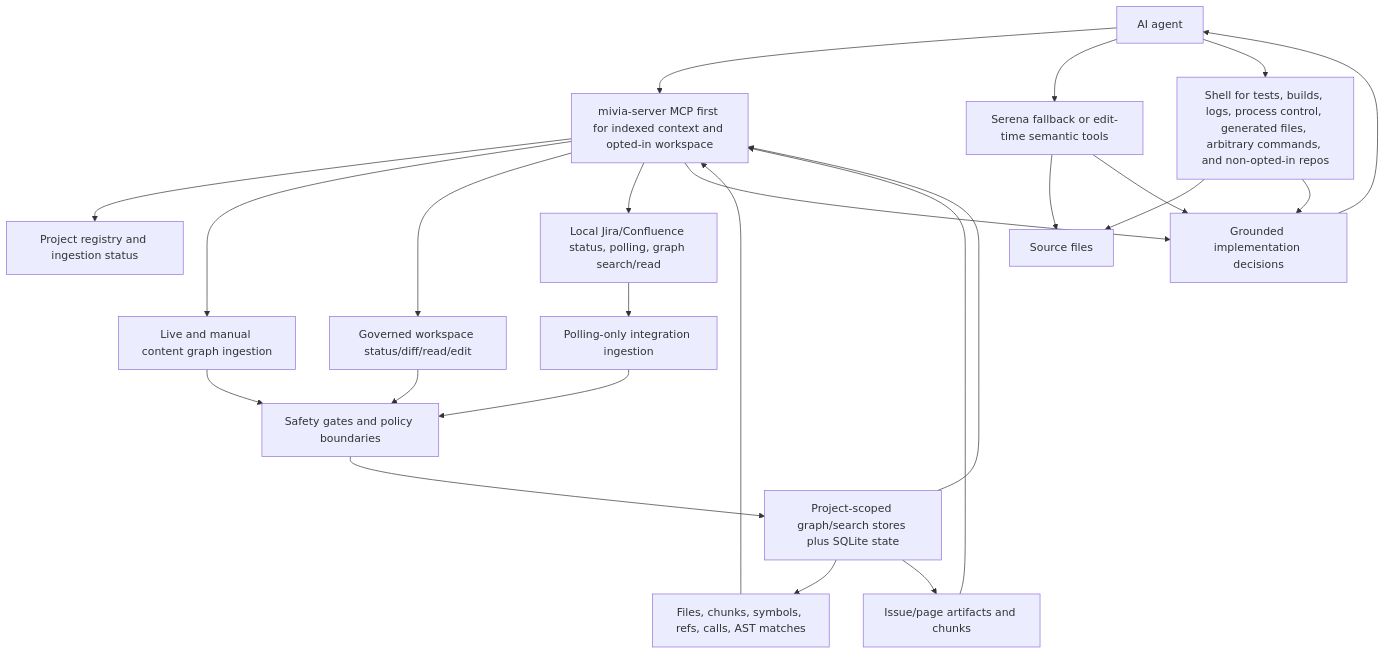
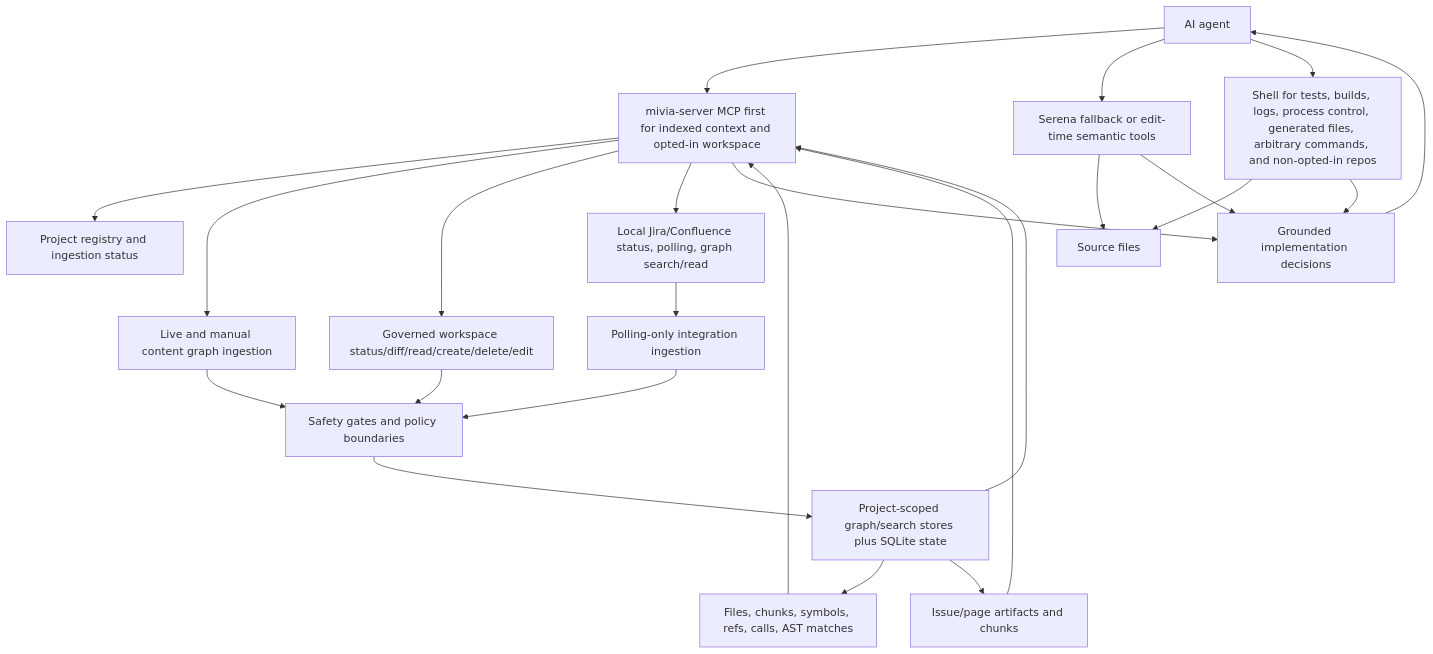
One commit to MiviaLabs/go-mivia changed the third of 4 diagrams in README.md. Above: the diagram before and after it, drawn with Mermaid. The commit also changed other lines of this file and 16 other files, not shown here.

Commit message:
feat(mcp): add workspace file create and delete

````diff
--- a/README.md
+++ b/README.md
@@ -219,42 +219,42 @@
 ```mermaid
 flowchart TB
   Agent["AI agent"]
   MCP["mivia-server MCP first for indexed context and opted-in workspace"]
   Serena["Serena fallback or edit-time semantic tools"]
   Shell["Shell for tests, builds, logs, process control, generated files, arbitrary commands, and non-opted-in repos"]
   Source["Source files"]
-  Workspace["Governed workspace status/diff/read/edit"]
+  Workspace["Governed workspace status/diff/read/create/delete/edit"]
   Integrations["Local Jira/Confluence status, polling, graph search/read"]
   Indexed["Files, chunks, symbols, refs, calls, AST matches"]
   IntegrationContext["Issue/page artifacts and chunks"]
   Registry["Project registry and ingestion status"]
   Ingestion["Live and manual content graph ingestion"]
   Polling["Polling-only integration ingestion"]
   Store["Project-scoped graph/search stores plus SQLite state"]
   Guardrails["Safety gates and policy boundaries"]
 
   Agent --> MCP
   MCP --> Registry
   MCP --> Ingestion
   MCP --> Workspace
   MCP --> Integrations
   Ingestion --> Guardrails
   Integrations --> Polling
   Polling --> Guardrails
   Workspace --> Guardrails
   Guardrails --> Store
   Store --> Indexed
   Store --> IntegrationContext
   Indexed --> MCP
   IntegrationContext --> MCP
   Store --> MCP
   Agent --> Serena
   Serena --> Source
   Agent --> Shell
   Shell --> Source
 
   MCP --> Decision["Grounded implementation decisions"]
   Serena --> Decision
   Shell --> Decision
   Decision --> Agent
 ```
````
